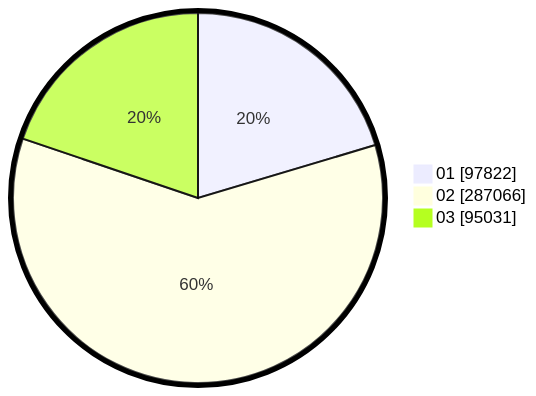
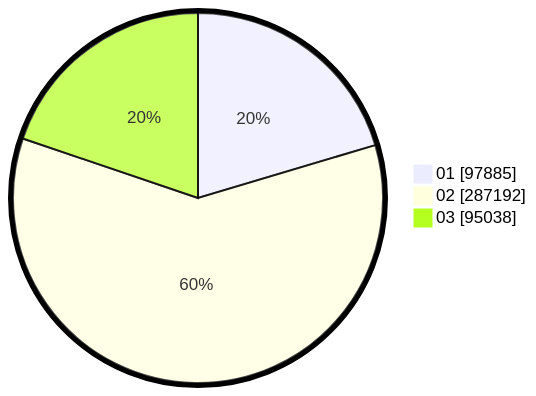
Before and after one commit to gigit-pemilu/pemilu-2024: the second of 2 diagrams in pilpres/hitung-suara/sub/table-wilayah-99.md, drawn with Mermaid. The commit also changed other lines of this file and 7 other files, not shown here.

````diff
--- a/pilpres/hitung-suara/sub/table-wilayah-99.md
+++ b/pilpres/hitung-suara/sub/table-wilayah-99.md
@@ -15,7 +15,7 @@
 ```mermaid
 %%{init: {"pie": {"textPosition": 0.5}, "themeVariables": {"pieOuterStrokeWidth": "5px"}} }%%
 pie showData
-    "01" : 97822
-    "02" : 287066
-    "03" : 95031
+    "01" : 97885
+    "02" : 287192
+    "03" : 95038
 ```
````
